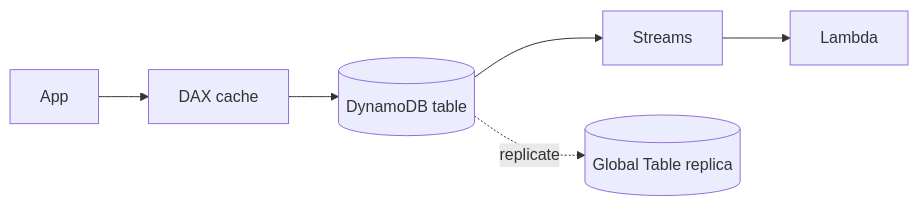
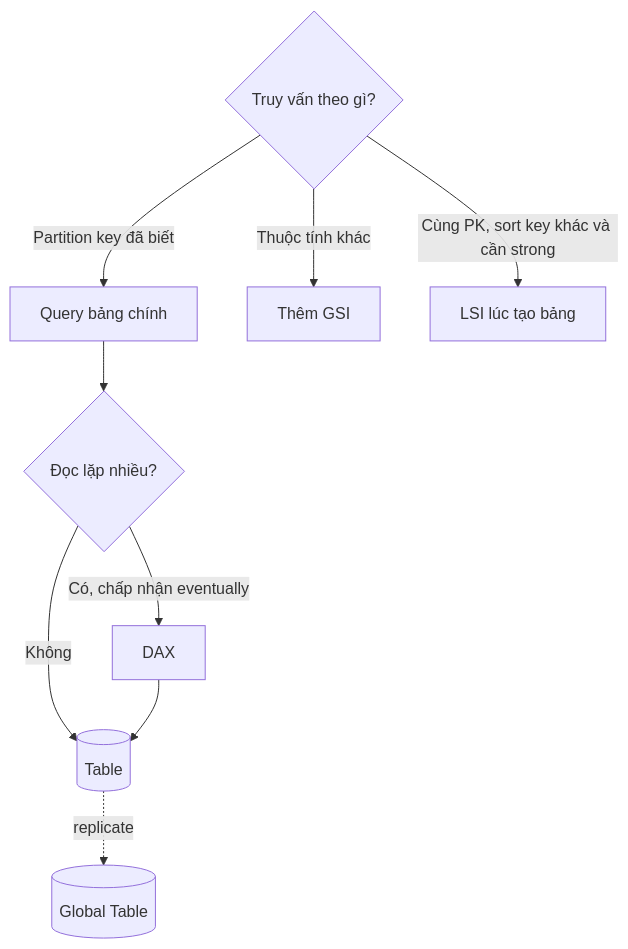
Before and after one commit to passion-Infinity/personal-tech-playbook: the diagram in src/assets/knowledge/playbooks/aws/dynamodb.md, drawn with Mermaid. The commit also changed other lines of this file and 1 other file, not shown here.

````diff
--- a/src/assets/knowledge/playbooks/aws/dynamodb.md
+++ b/src/assets/knowledge/playbooks/aws/dynamodb.md
@@ -28,8 +42,11 @@
 ```mermaid
-flowchart LR
-    APP[App] --> DAX[DAX cache]
-    DAX --> T[(DynamoDB table)]
-    T --> S[Streams]
-    S --> L[Lambda]
-    T -.->|replicate| G[(Global Table replica)]
+flowchart TD
+    Q{Truy vấn theo gì?} -->|"Partition key đã biết"| QK["Query bảng chính"]
+    Q -->|"Thuộc tính khác"| IDX["Thêm GSI"]
+    Q -->|"Cùng PK, sort key khác và cần strong"| LSI["LSI lúc tạo bảng"]
+    QK --> R{Đọc lặp nhiều?}
+    R -->|"Có, chấp nhận eventually"| DAX[DAX]
+    R -->|"Không"| T[(Table)]
+    DAX --> T
+    T -.->|replicate| G[(Global Table)]
 ```
````
